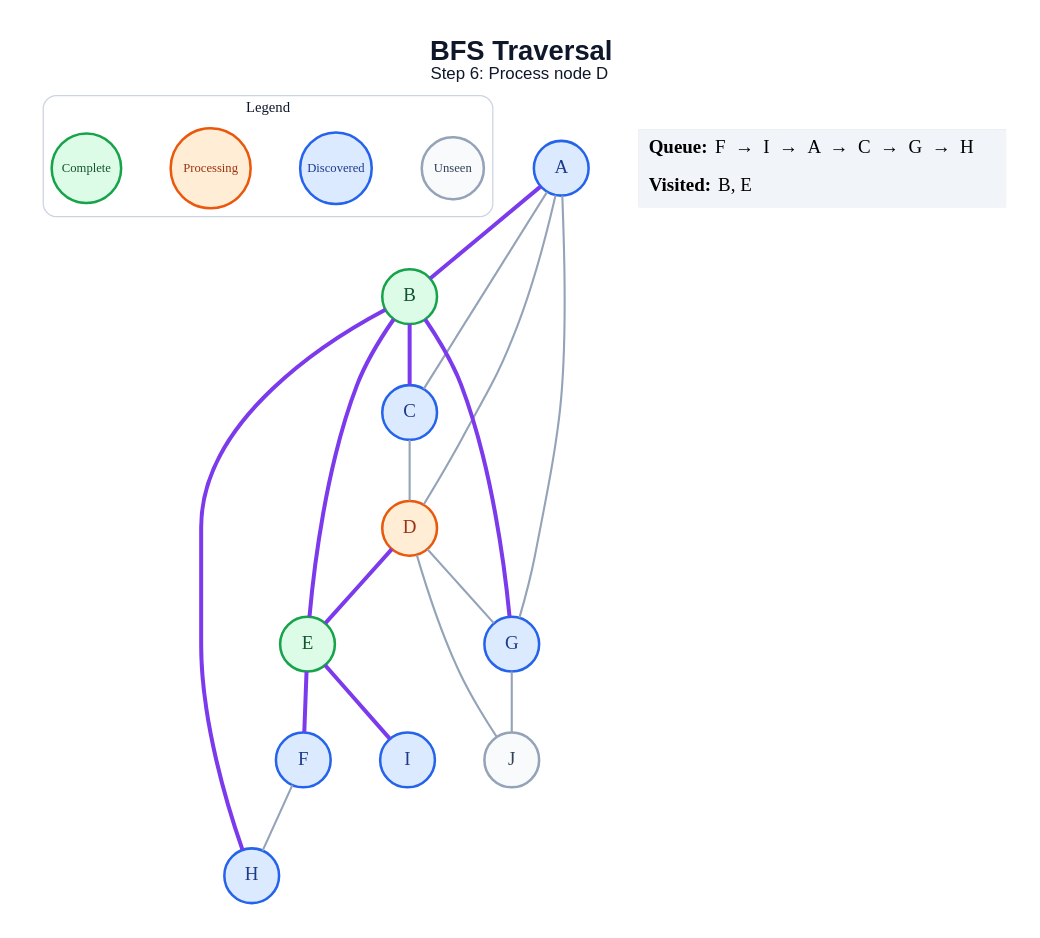
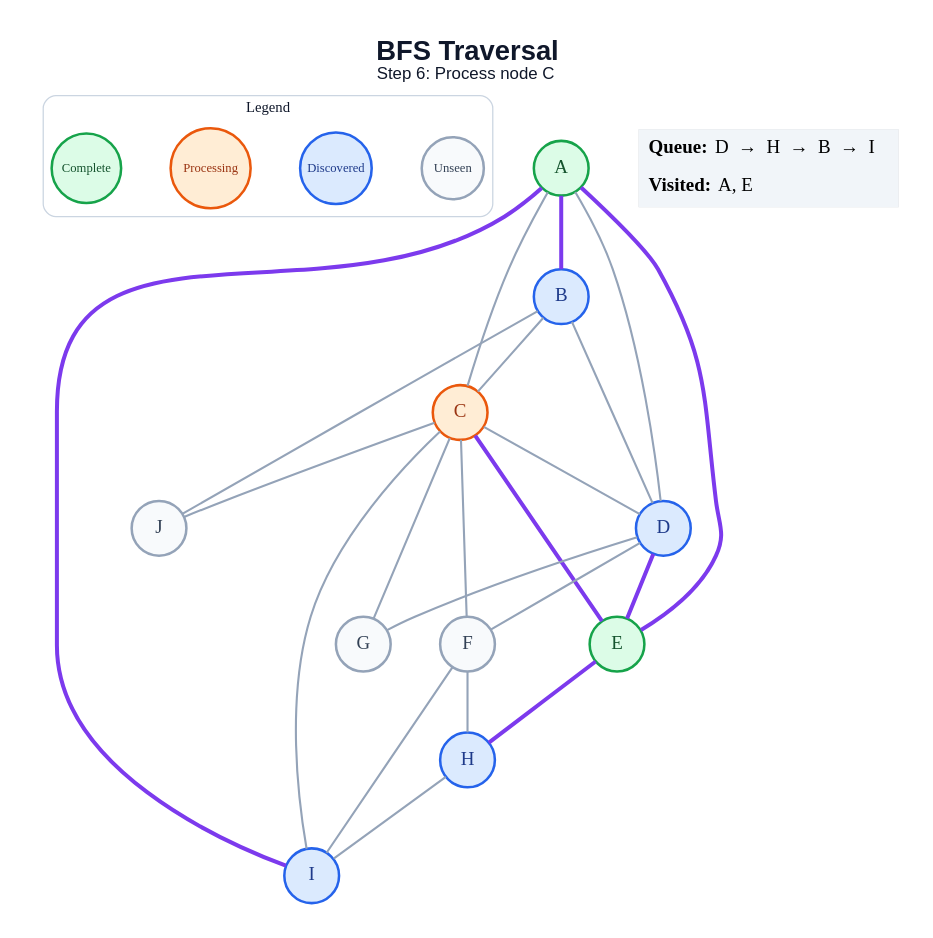
Before and after one commit to amanghodawala9/ai-slop: the diagram in generated/specific-node/bfs/step_06.dot, drawn with Graphviz. The commit also changed 178 other files, not shown here.

```diff
--- a/generated/specific-node/bfs/step_06.dot
+++ b/generated/specific-node/bfs/step_06.dot
@@ -1,45 +1,50 @@
 graph traversal {
   graph [layout=dot, rankdir=TB, bgcolor="#FFFFFF", pad="0.35", nodesep="0.65", ranksep="0.8", fontname="Arial"];
   node [shape=circle, style="filled", fontname="Arial Bold", fontsize=18, width=0.72, fixedsize=true, penwidth=2.4];
   edge [color="#94A3B8", penwidth=2.0];
-  label=<<B>BFS Traversal</B><BR/><FONT POINT-SIZE="16">Step 6: Process node D</FONT>>; labelloc="t"; fontsize=26; fontname="Arial"; fontcolor="#0F172A";
+  label=<<B>BFS Traversal</B><BR/><FONT POINT-SIZE="16">Step 6: Process node C</FONT>>; labelloc="t"; fontsize=26; fontname="Arial"; fontcolor="#0F172A";
   subgraph cluster_legend { label="Legend"; color="#CBD5E1"; penwidth=1.2; style="rounded"; fontsize=14; fontname="Arial Bold";
     key_unseen [label="Unseen", fillcolor="#F8FAFC", color="#94A3B8", fontcolor="#334155", fontsize=12, width=0.82];
     key_frontier [label="Discovered", fillcolor="#DBEAFE", color="#2563EB", fontcolor="#1E3A8A", fontsize=12, width=0.95];
     key_current [label="Processing", fillcolor="#FFEDD5", color="#EA580C", fontcolor="#9A3412", fontsize=12, width=1.05];
     key_done [label="Complete", fillcolor="#DCFCE7", color="#16A34A", fontcolor="#14532D", fontsize=12, width=0.92];
     { rank=same; key_unseen; key_frontier; key_current; key_done; }
   }
-  A [fillcolor="#DBEAFE", color="#2563EB", fontcolor="#1E3A8A"];
-  B [fillcolor="#DCFCE7", color="#16A34A", fontcolor="#14532D"];
-  C [fillcolor="#DBEAFE", color="#2563EB", fontcolor="#1E3A8A"];
-  D [fillcolor="#FFEDD5", color="#EA580C", fontcolor="#9A3412"];
+  A [fillcolor="#DCFCE7", color="#16A34A", fontcolor="#14532D"];
+  B [fillcolor="#DBEAFE", color="#2563EB", fontcolor="#1E3A8A"];
+  C [fillcolor="#FFEDD5", color="#EA580C", fontcolor="#9A3412"];
+  D [fillcolor="#DBEAFE", color="#2563EB", fontcolor="#1E3A8A"];
   E [fillcolor="#DCFCE7", color="#16A34A", fontcolor="#14532D"];
-  F [fillcolor="#DBEAFE", color="#2563EB", fontcolor="#1E3A8A"];
-  G [fillcolor="#DBEAFE", color="#2563EB", fontcolor="#1E3A8A"];
+  F [fillcolor="#F8FAFC", color="#94A3B8", fontcolor="#334155"];
+  G [fillcolor="#F8FAFC", color="#94A3B8", fontcolor="#334155"];
   H [fillcolor="#DBEAFE", color="#2563EB", fontcolor="#1E3A8A"];
   I [fillcolor="#DBEAFE", color="#2563EB", fontcolor="#1E3A8A"];
   J [fillcolor="#F8FAFC", color="#94A3B8", fontcolor="#334155"];
   A -- B [color="#7C3AED", penwidth=3.8];
   A -- C;
   A -- D;
-  A -- G;
-  B -- C [color="#7C3AED", penwidth=3.8];
-  B -- E [color="#7C3AED", penwidth=3.8];
-  B -- G [color="#7C3AED", penwidth=3.8];
-  B -- H [color="#7C3AED", penwidth=3.8];
+  A -- E [color="#7C3AED", penwidth=3.8];
+  A -- I [color="#7C3AED", penwidth=3.8];
+  B -- C;
+  B -- D;
+  B -- J;
   C -- D;
+  C -- E [color="#7C3AED", penwidth=3.8];
+  C -- F;
+  C -- G;
+  C -- I;
+  C -- J;
   D -- E [color="#7C3AED", penwidth=3.8];
+  D -- F;
   D -- G;
-  D -- J;
-  E -- F [color="#7C3AED", penwidth=3.8];
-  E -- I [color="#7C3AED", penwidth=3.8];
+  E -- H [color="#7C3AED", penwidth=3.8];
   F -- H;
-  G -- J;
+  F -- I;
+  H -- I;
   status [shape=plain, fixedsize=false, width=0, height=0, margin=0, label=<
     <TABLE BORDER="0" CELLBORDER="0" CELLPADDING="7" BGCOLOR="#F1F5F9">
-      <TR><TD ALIGN="LEFT"><B>Queue:</B> F  →  I  →  A  →  C  →  G  →  H</TD></TR>
-      <TR><TD ALIGN="LEFT"><B>Visited:</B> B, E</TD></TR>
+      <TR><TD ALIGN="LEFT"><B>Queue:</B> D  →  H  →  B  →  I</TD></TR>
+      <TR><TD ALIGN="LEFT"><B>Visited:</B> A, E</TD></TR>
     </TABLE>
   >];
 }
```
